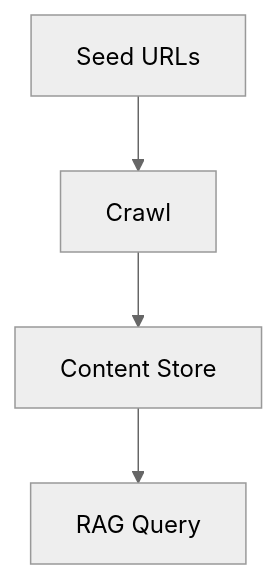
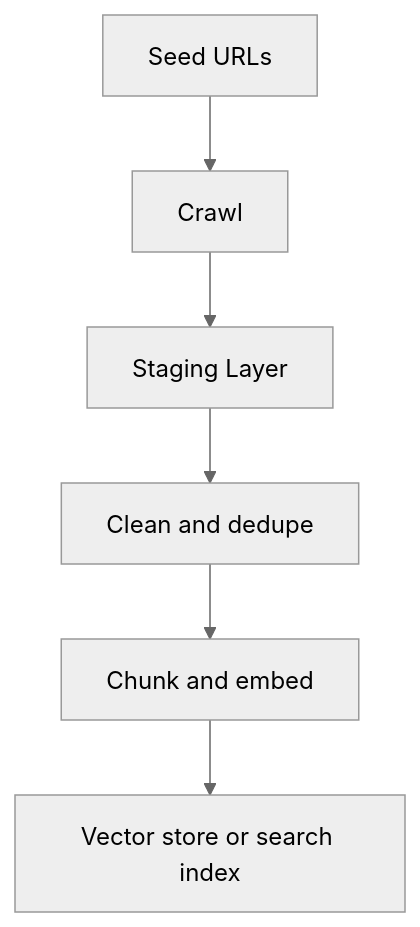
One commit to dhanunjai12/DocumentationAI-Docs changed the diagram in tavily/best-practices/crawl-advanced.mdx. Above: the diagram before and after it, drawn with Mermaid (neutral theme). The commit also changed other lines of this file, not shown here.

````diff
--- a/tavily/best-practices/crawl-advanced.mdx
+++ b/tavily/best-practices/crawl-advanced.mdx
@@ -32,6 +66,8 @@
 ```mermaid
 graph TD
     A[Seed URLs] --> B[Crawl]
-    B --> C[Content Store]
-    C --> D[RAG Query]
+    B --> C[Staging Layer]
+    C --> D[Clean and dedupe]
+    D --> E[Chunk and embed]
+    E --> F[Vector store or search index]
 ```
````
